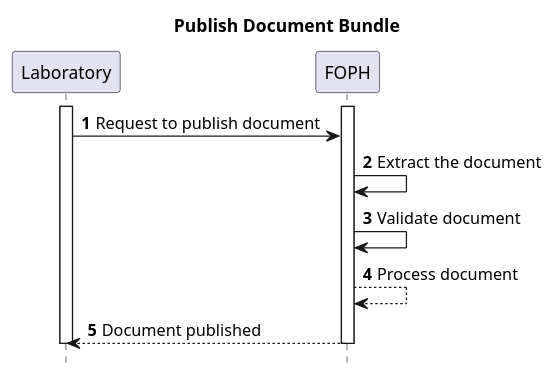
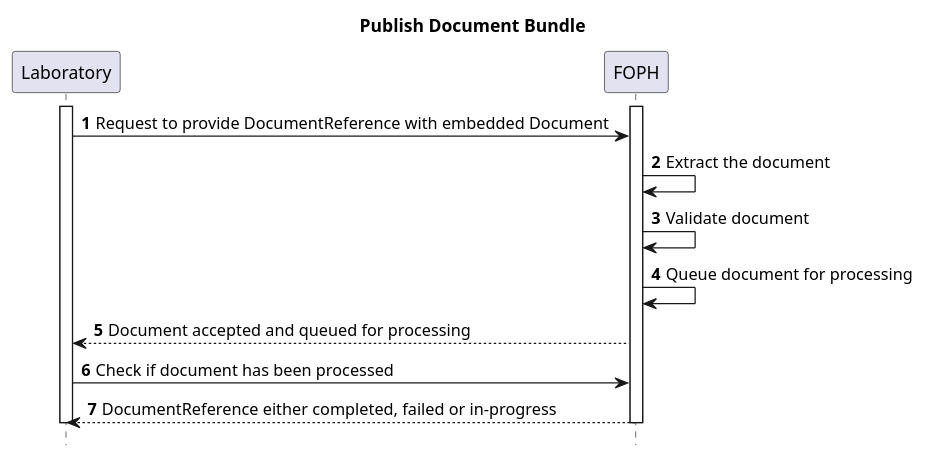
One commit to ahdis/ch-ems changed the diagram in input/images-source/SimplifiedPublishDocumentReference-seq.plantuml. Above: the diagram before and after it, drawn with PlantUML. The commit also changed 6 other files, not shown here.

```diff
--- a/input/images-source/SimplifiedPublishDocumentReference-seq.plantuml
+++ b/input/images-source/SimplifiedPublishDocumentReference-seq.plantuml
@@ -1,16 +1,18 @@
 @startuml
 title Publish Document Bundle
 hide footbox
 participant "Laboratory" as DocumentSource
 participant "FOPH" as DocumentRecipient
 autonumber
 activate DocumentSource
 activate DocumentRecipient
-DocumentSource -> DocumentRecipient : Request to publish document
+DocumentSource -> DocumentRecipient : Request to provide DocumentReference with embedded Document 
 DocumentRecipient -> DocumentRecipient : Extract the document
 DocumentRecipient -> DocumentRecipient : Validate document 
-DocumentRecipient --> DocumentRecipient : Process document 
-DocumentRecipient --> DocumentSource : Document published
+DocumentRecipient -> DocumentRecipient : Queue document for processing 
+DocumentRecipient --> DocumentSource : Document accepted and queued for processing 
+DocumentSource -> DocumentRecipient : Check if document has been processed 
+DocumentRecipient --> DocumentSource : DocumentReference either completed, failed or in-progress 
 deactivate DocumentSource
 deactivate DocumentRecipient
 @enduml
```
